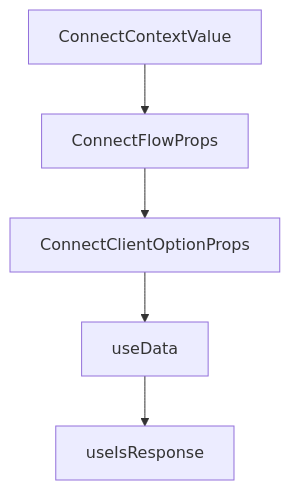
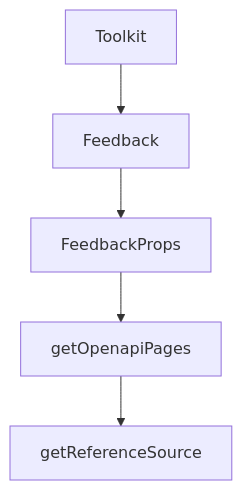
Before and after one commit to johnxie/awesome-code-docs: the diagram in tutorials/composio-tutorial/04-authentication-and-connected-accounts.md, drawn with Mermaid. The commit also changed other lines of this file and 1232 other files, not shown here.

````diff
--- a/tutorials/composio-tutorial/04-authentication-and-connected-accounts.md
+++ b/tutorials/composio-tutorial/04-authentication-and-connected-accounts.md
@@ -224,12 +221,12 @@
 ```mermaid
 flowchart TD
-    A[ConnectContextValue]
-    B[ConnectFlowProps]
-    C[ConnectClientOptionProps]
-    D[useData]
-    E[useIsResponse]
+    A[Toolkit]
+    B[Feedback]
+    C[FeedbackProps]
+    D[getOpenapiPages]
+    E[getReferenceSource]
     A --> B
     B --> C
     C --> D
     D --> E
 ```
````
